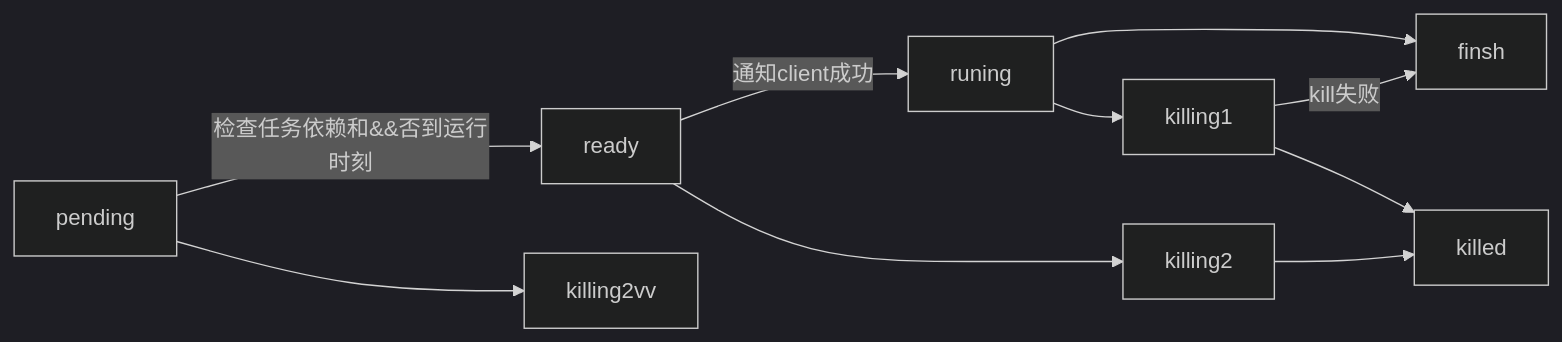
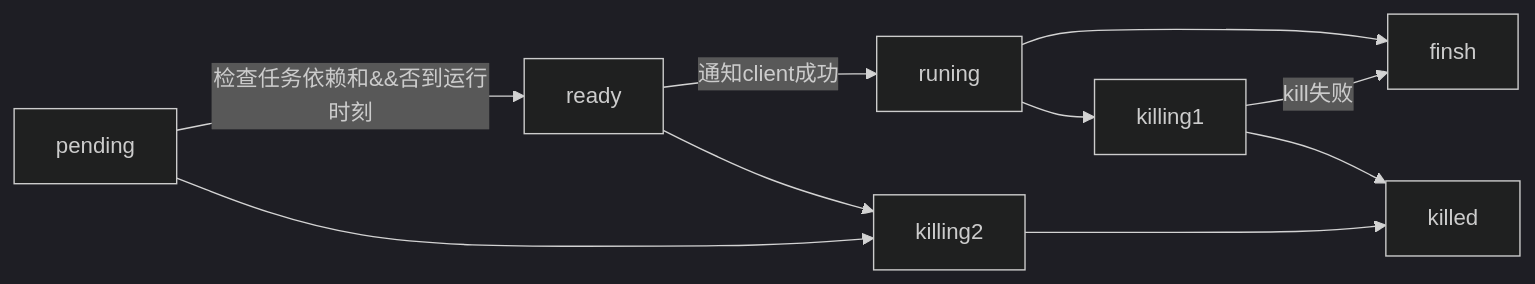
The diagram in IMPEMENT.md (whomm/gotask), drawn with Mermaid (dark theme) before and after one commit. The commit also changed other lines of this file and 5 other files, not shown here.

````diff
--- a/IMPEMENT.md
+++ b/IMPEMENT.md
@@ -16,12 +12,12 @@
 ```mermaid
 graph LR
 pending--检查任务依赖和&&否到运行时刻-->ready
 ready--通知client成功-->runing
 runing-->finsh
 runing-->killing1
 killing1-->killed
 killing1--kill失败-->finsh
 ready-->killing2
-pending-->killing2vv
+pending-->killing2
 killing2-->killed
 ```
````
